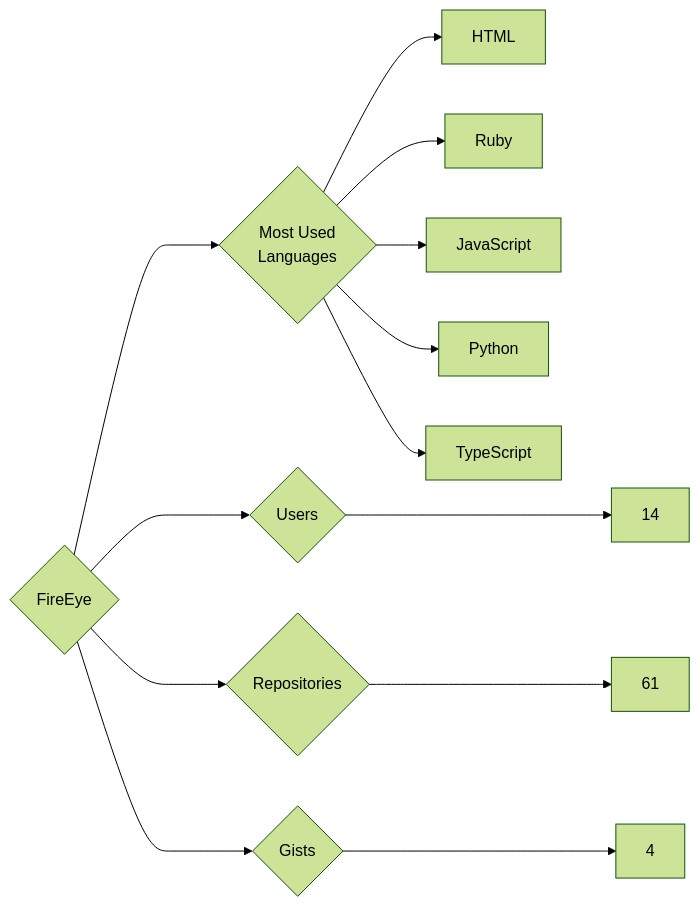
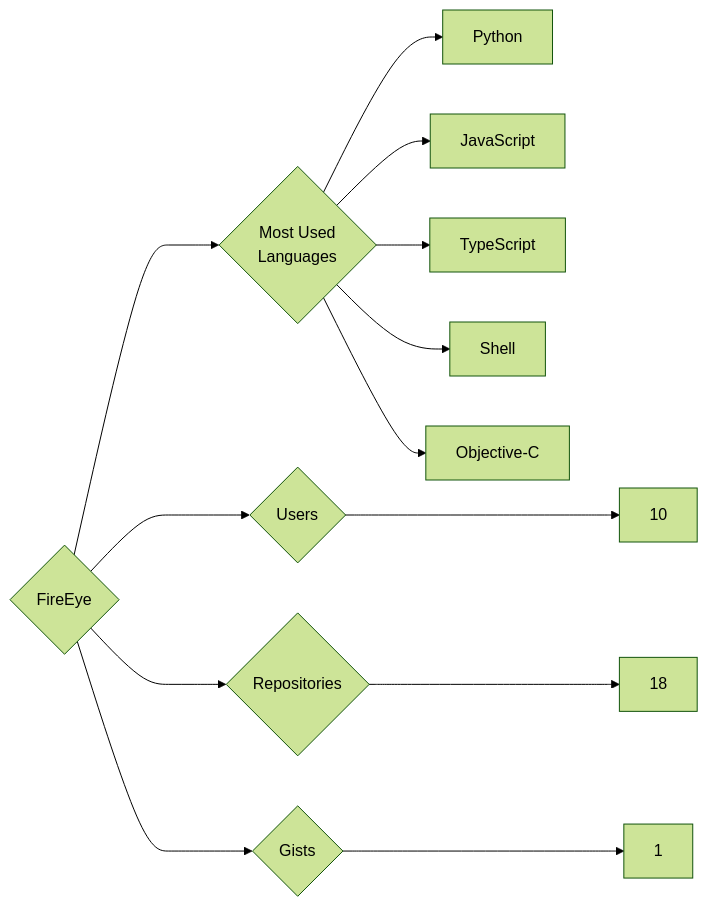
Before and after one commit to trickest/insiders: the diagram in targets/FireEye/README.md, drawn with Mermaid (forest theme). The commit also changed 1167 other files, not shown here.

````diff
--- a/targets/FireEye/README.md
+++ b/targets/FireEye/README.md
@@ -3,13 +3,13 @@
 ```mermaid
 graph LR
 COMPANY_NAME{FireEye}
-COMPANY_NAME ---> U{Users} ---> UN[14]
-COMPANY_NAME ---> R{Repositories} ---> RN[61]
-COMPANY_NAME ---> G{Gists} ---> GN[4]
+COMPANY_NAME ---> U{Users} ---> UN[10]
+COMPANY_NAME ---> R{Repositories} ---> RN[18]
+COMPANY_NAME ---> G{Gists} ---> GN[1]
 COMPANY_NAME ---> ML{Most Used<br>Languages}
-ML --> HTML[HTML]
-ML --> Ruby[Ruby]
+ML --> Python[Python]
 ML --> JavaScript[JavaScript]
-ML --> Python[Python]
 ML --> TypeScript[TypeScript]
+ML --> Shell[Shell]
+ML --> Objective-C[Objective-C]
 ```
````
